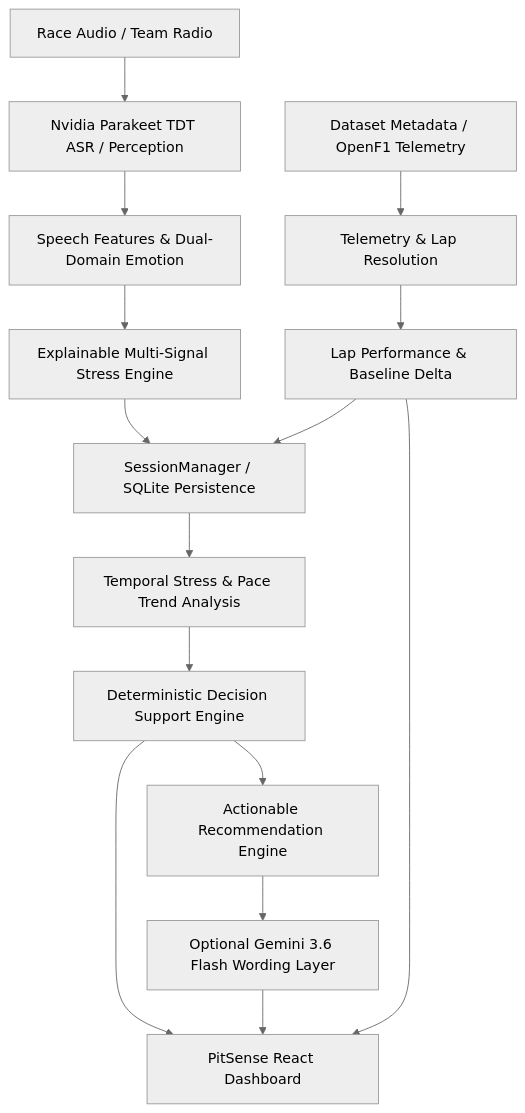
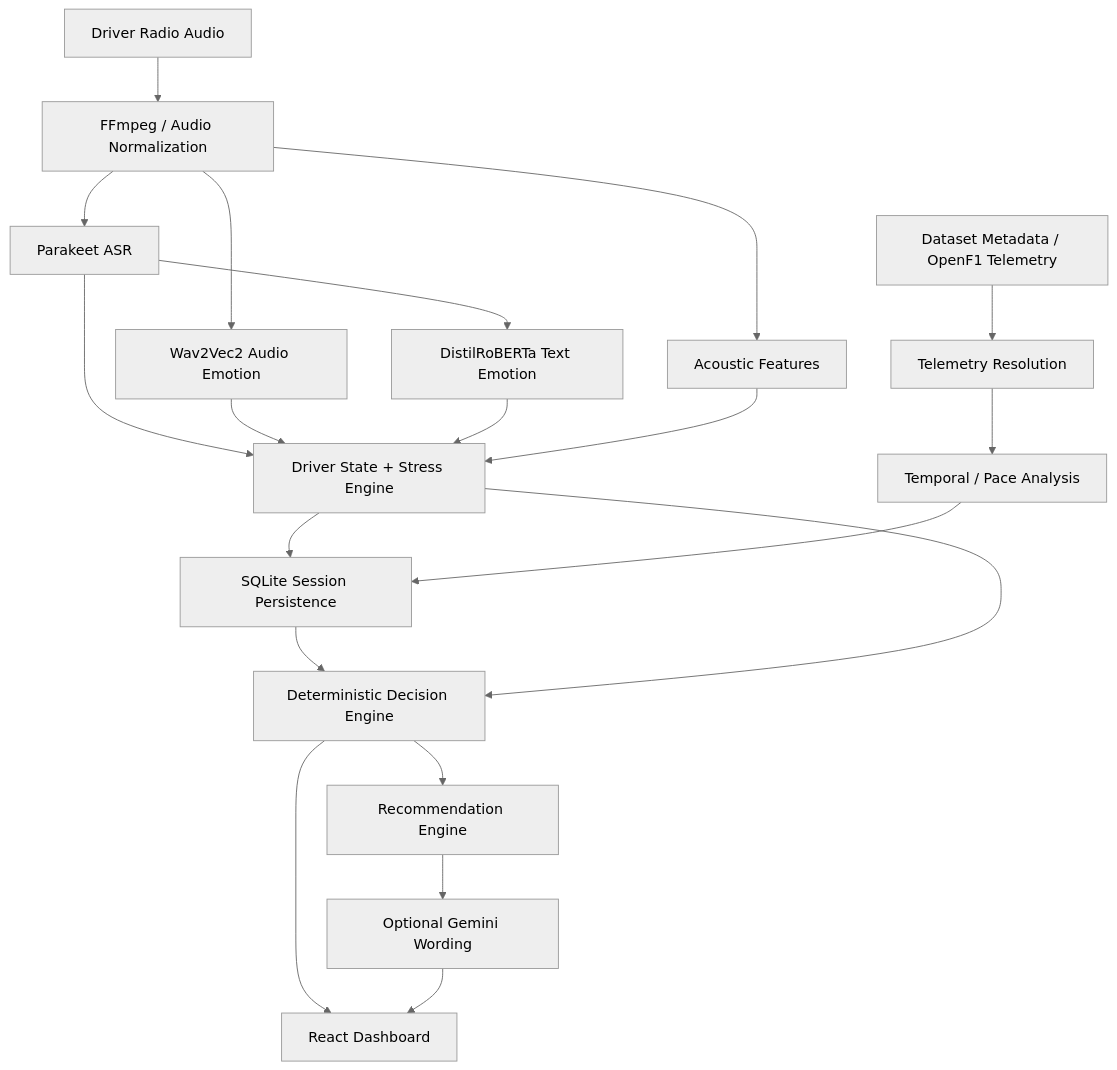
One commit to abhinavg138/PitSense changed the diagram in README.md. Above: the diagram before and after it, drawn with Mermaid (neutral theme). The commit also changed other lines of this file, not shown here.

Commit message:
docs: expand README with scope, limitations, and roadmap

````diff
--- a/README.md
+++ b/README.md
@@ -147,21 +244,27 @@
 ```mermaid
 flowchart TD
-    A[Race Audio / Team Radio] --> B[Nvidia Parakeet TDT ASR / Perception]
-    B --> C[Speech Features & Dual-Domain Emotion]
-    C --> D[Explainable Multi-Signal Stress Engine]
+    A[Driver Radio Audio] --> B[FFmpeg / Audio Normalization]
+    B --> C[Parakeet ASR]
+    B --> D[Wav2Vec2 Audio Emotion]
+    C --> E[DistilRoBERTa Text Emotion]
+    B --> F[Acoustic Features]
 
-    E[Dataset Metadata / OpenF1 Telemetry] --> F[Telemetry & Lap Resolution]
-    F --> G[Lap Performance & Baseline Delta]
+    C --> G[Driver State + Stress Engine]
+    D --> G
+    E --> G
+    F --> G
 
-    D --> H[SessionManager / SQLite Persistence]
-    G --> H
+    H[Dataset Metadata / OpenF1 Telemetry] --> I[Telemetry Resolution]
+    I --> J[Temporal / Pace Analysis]
 
-    H --> I[Temporal Stress & Pace Trend Analysis]
-    I --> J[Deterministic Decision Support Engine]
-    J --> K[Actionable Recommendation Engine]
-    K --> L[Optional Gemini 3.6 Flash Wording Layer]
+    G --> K[SQLite Session Persistence]
+    J --> K
 
-    J --> M[PitSense React Dashboard]
-    L --> M
-    G --> M
+    K --> L[Deterministic Decision Engine]
+    G --> L
+    L --> M[Recommendation Engine]
+    M --> N[Optional Gemini Wording]
+
+    L --> O[React Dashboard]
+    N --> O
 ```
````
